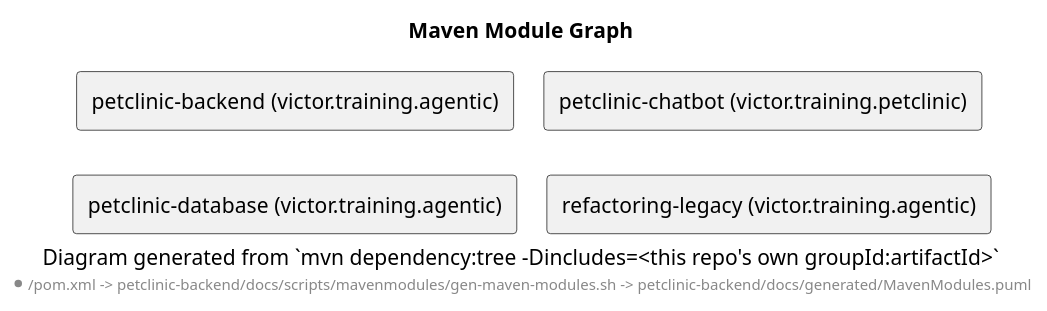
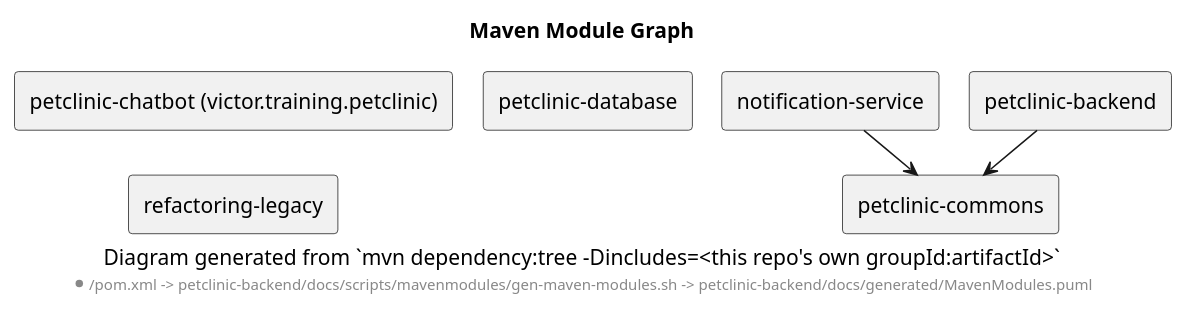
One commit to kashann/petclinic changed the diagram in petclinic-backend/docs/generated/MavenModules.puml. Above: the diagram before and after it, drawn with PlantUML. The commit also changed 140 other files, not shown here.

```diff
--- a/petclinic-backend/docs/generated/MavenModules.puml
+++ b/petclinic-backend/docs/generated/MavenModules.puml
@@ -1,18 +1,23 @@
 @startuml
 
 title Maven Module Graph
 caption Diagram generated from `mvn dependency:tree -Dincludes=<this repo's own groupId:artifactId>`
 footer */pom.xml -> petclinic-backend/docs/scripts/mavenmodules/gen-maven-modules.sh -> petclinic-backend/docs/generated/MavenModules.puml
 
 skinparam shadowing false
 skinparam componentStyle rectangle
 skinparam nodesep 20
 skinparam ranksep 30
 
-component "petclinic-backend (victor.training.agentic)" as petclinic_backend
+component "notification-service" as notification_service
+component "petclinic-backend" as petclinic_backend
 component "petclinic-chatbot (victor.training.petclinic)" as petclinic_chatbot
-component "petclinic-database (victor.training.agentic)" as petclinic_database
-component "refactoring-legacy (victor.training.agentic)" as refactoring_legacy
+component "petclinic-commons" as petclinic_commons
+component "petclinic-database" as petclinic_database
+component "refactoring-legacy" as refactoring_legacy
+
+notification_service --> petclinic_commons
+petclinic_backend --> petclinic_commons
 
 
 @enduml
```
